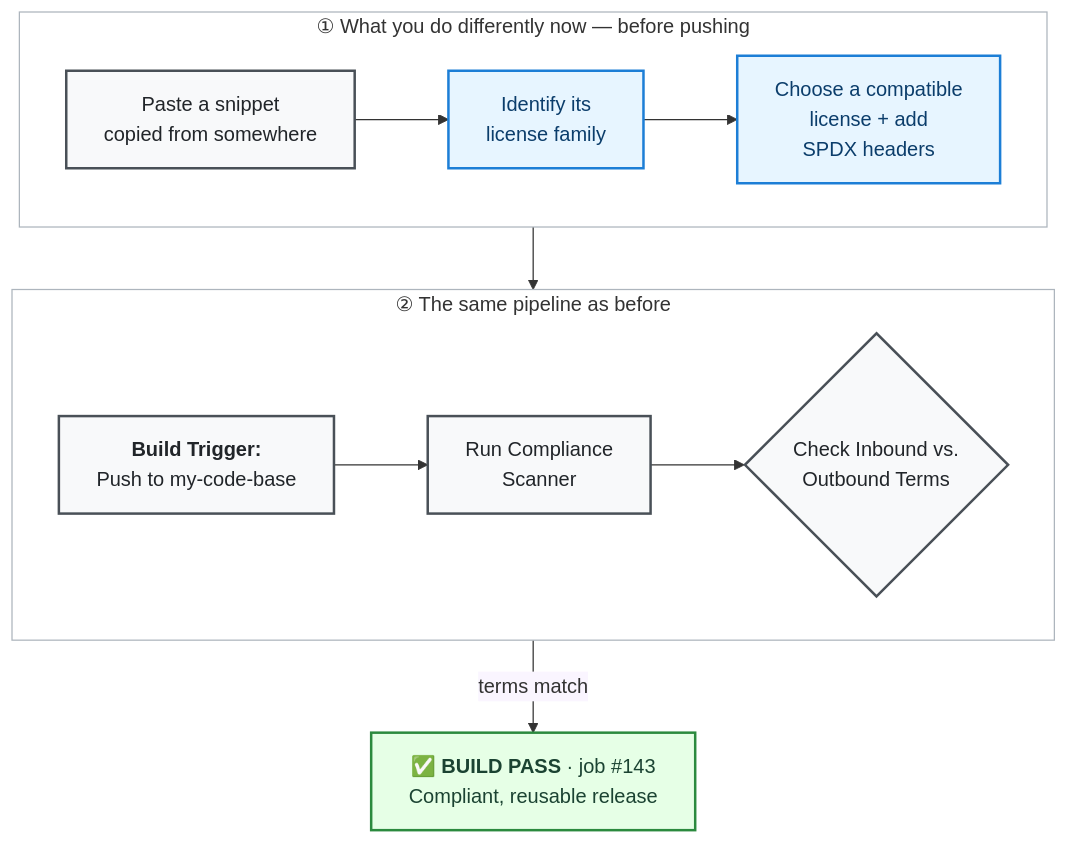
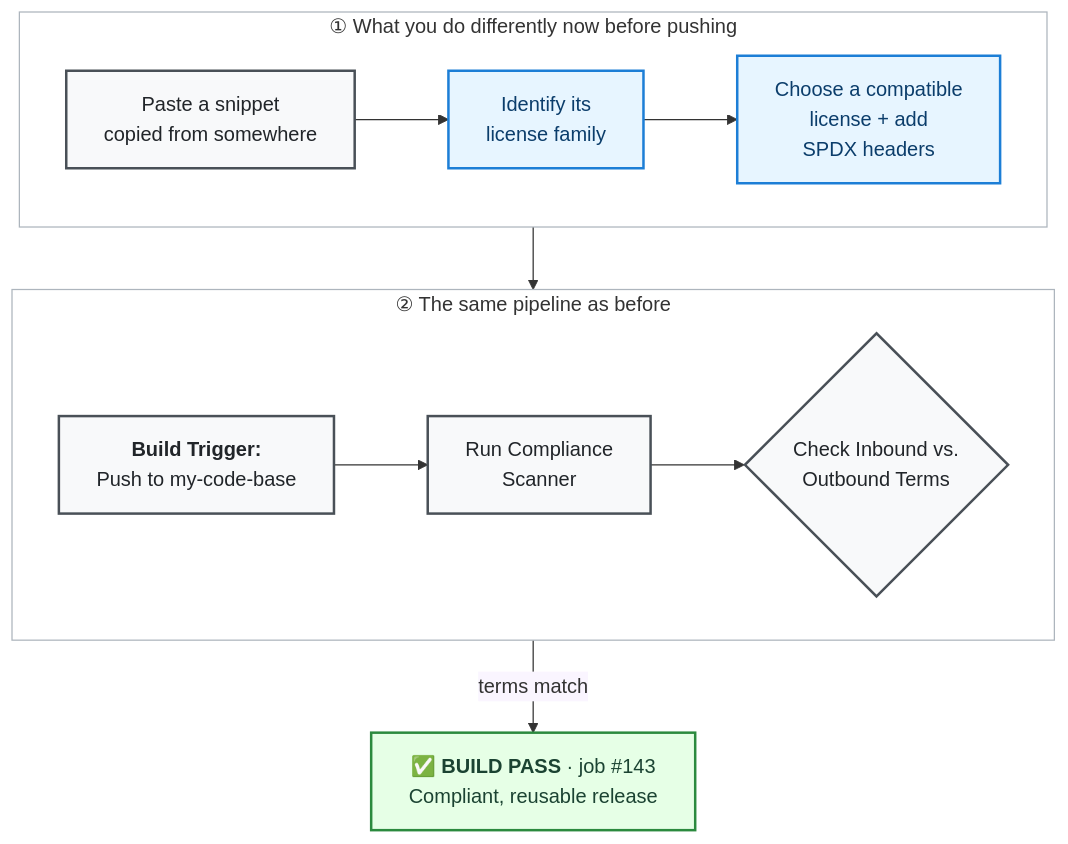
One commit to coderefinery/social-coding changed the third of 3 diagrams in content/software-licensing.md. Above: the diagram before and after it, drawn with Mermaid. The commit also changed other lines of this file, not shown here.

````diff
--- a/content/software-licensing.md
+++ b/content/software-licensing.md
@@ -799,27 +799,27 @@
 ```{mermaid}
 %%{init: {'themeVariables': { 'edgeLabelBackground': '#faf5ff', 'fontSize': '16px' }}}%%
 flowchart TB
 
-  subgraph local["① What you do differently now — before pushing"]
+  subgraph local["① What you do differently now   before pushing"]
     direction LR
     A["Paste a snippet<br/>copied from somewhere"] --> L["Identify its<br/>license family"] --> S["Choose a compatible<br/>license + add<br/>SPDX headers"]
   end
 
   subgraph ci["② The same pipeline as before"]
     direction LR
     T["<b>Build Trigger:</b><br/>Push to my-code-base"] --> B["Run Compliance<br/>Scanner"] --> C{"Check Inbound vs.<br/>Outbound Terms"}
   end
 
   S --> T
   C -->|"terms match"| P["✅ <b>BUILD PASS</b> · job #143<br/>Compliant, reusable release"]
 
    classDef pass fill:#e6ffe6,stroke:#2b8a3e,stroke-width:2px,color:#1b4332;
    classDef neutral fill:#f8f9fa,stroke:#495057,stroke-width:2px,color:#212529;
    classDef fix fill:#e7f5ff,stroke:#1c7ed6,stroke-width:2px,color:#0b3d6b;
    classDef box_fill fill:#ffffff,stroke:#adb5bd,stroke-width:1px;
 
    class P pass;
    class A,T,B,C neutral;
    class L,S fix;
    class local,ci box_fill;
 ```
````
